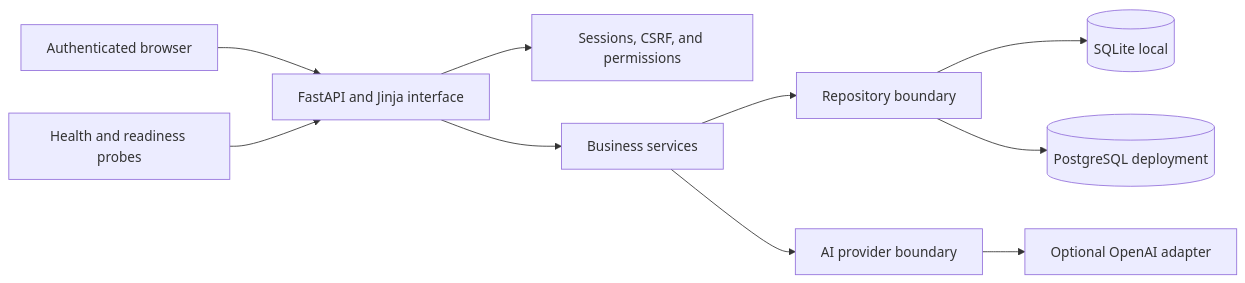
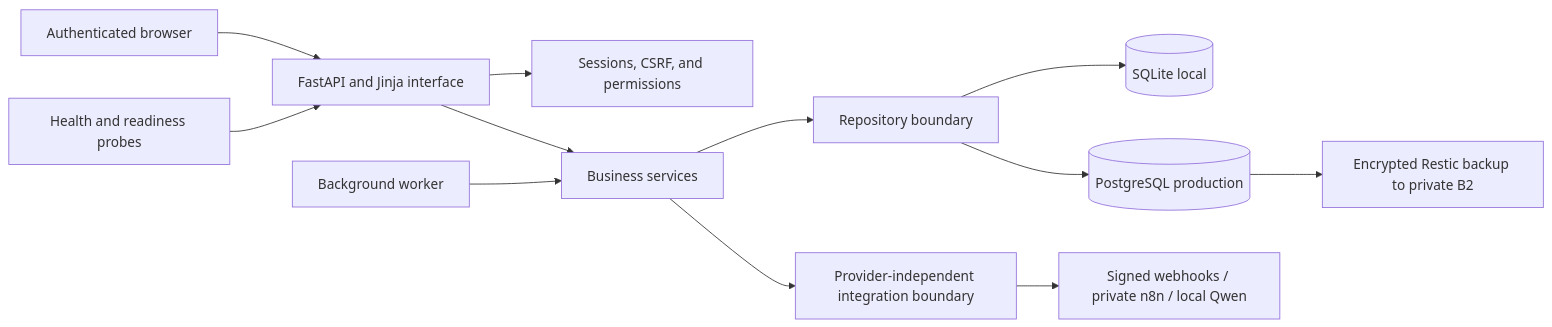
Before and after one commit to Denxell17/AI-Business-Automation-Platform: the diagram in PORTFOLIO.md, drawn with Mermaid. The commit also changed other lines of this file and 1 other file, not shown here.

Commit message:
docs: align ABAP capabilities and deployment evidence

````diff
--- a/PORTFOLIO.md
+++ b/PORTFOLIO.md
@@ -33,12 +35,14 @@
 ```mermaid
 flowchart LR
     Browser[Authenticated browser] --> Web[FastAPI and Jinja interface]
     Web --> Auth[Sessions, CSRF, and permissions]
     Web --> Services[Business services]
+    Worker[Background worker] --> Services
     Services --> Repositories[Repository boundary]
     Repositories --> SQLite[(SQLite local)]
-    Repositories --> PostgreSQL[(PostgreSQL deployment)]
-    Services --> Provider[AI provider boundary]
-    Provider --> OpenAI[Optional OpenAI adapter]
+    Repositories --> PostgreSQL[(PostgreSQL production)]
+    Services --> Integrations[Provider-independent integration boundary]
+    Integrations --> PrivateDemo[Signed webhooks / private n8n / local Qwen]
     Probes[Health and readiness probes] --> Web
+    PostgreSQL --> Backup[Encrypted Restic backup to private B2]
 ```
````
